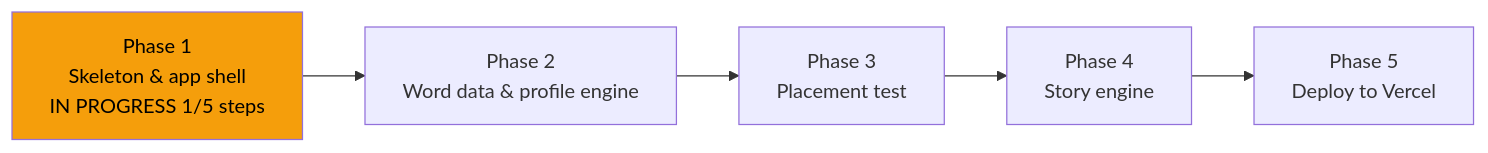
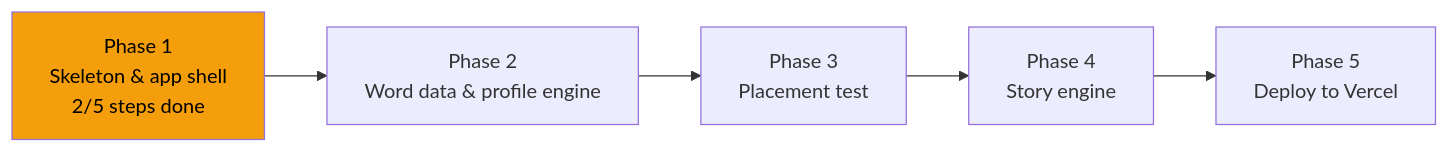
Before and after one commit to dkreinov/magic-clinic-english: the diagram in .oplan/first-build/STATUS.md, drawn with Mermaid. The commit also changed other lines of this file and 3 other files, not shown here.

````diff
--- a/.oplan/first-build/STATUS.md
+++ b/.oplan/first-build/STATUS.md
@@ -12,8 +12,8 @@
 ```mermaid
 flowchart LR
-    P1[Phase 1<br/>Skeleton & app shell<br/>IN PROGRESS 1/5 steps] --> P2[Phase 2<br/>Word data & profile engine]
+    P1[Phase 1<br/>Skeleton & app shell<br/>2/5 steps done] --> P2[Phase 2<br/>Word data & profile engine]
     P2 --> P3[Phase 3<br/>Placement test]
     P3 --> P4[Phase 4<br/>Story engine]
     P4 --> P5[Phase 5<br/>Deploy to Vercel]
     style P1 fill:#f59e0b,color:#000
 ```
````
